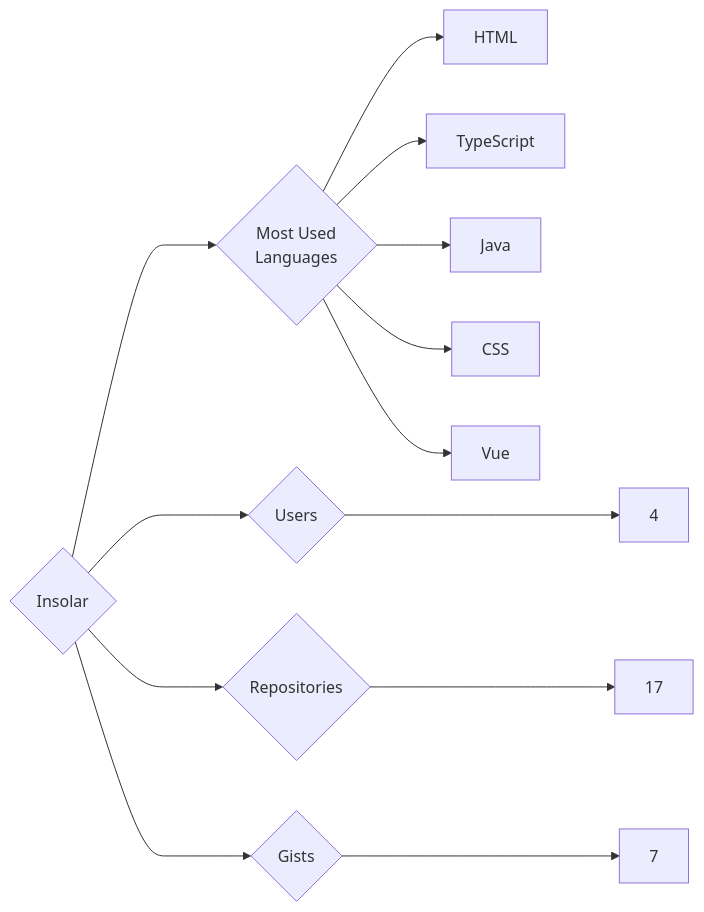
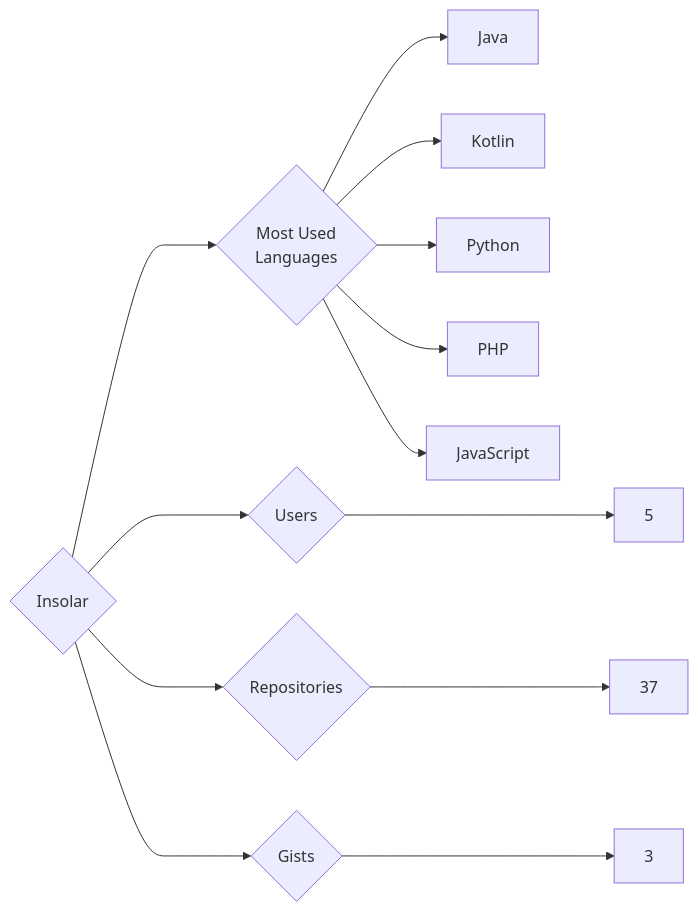
One commit to trickest/insiders changed the diagram in targets/Insolar/README.md. Above: the diagram before and after it, drawn with Mermaid. The commit also changed 847 other files, not shown here.

````diff
--- a/targets/Insolar/README.md
+++ b/targets/Insolar/README.md
@@ -3,13 +3,13 @@
 ```mermaid
 graph LR
 COMPANY_NAME{Insolar}
-COMPANY_NAME ---> U{Users} ---> UN[4]
-COMPANY_NAME ---> R{Repositories} ---> RN[17]
-COMPANY_NAME ---> G{Gists} ---> GN[7]
+COMPANY_NAME ---> U{Users} ---> UN[5]
+COMPANY_NAME ---> R{Repositories} ---> RN[37]
+COMPANY_NAME ---> G{Gists} ---> GN[3]
 COMPANY_NAME ---> ML{Most Used<br>Languages}
-ML --> HTML[HTML]
-ML --> TypeScript[TypeScript]
 ML --> Java[Java]
-ML --> CSS[CSS]
-ML --> Vue[Vue]
+ML --> Kotlin[Kotlin]
+ML --> Python[Python]
+ML --> PHP[PHP]
+ML --> JavaScript[JavaScript]
 ```
````
